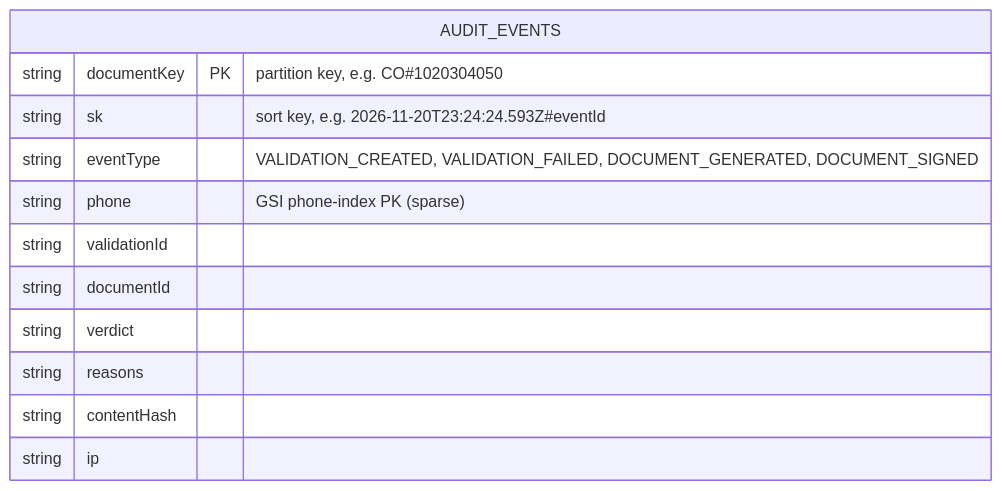
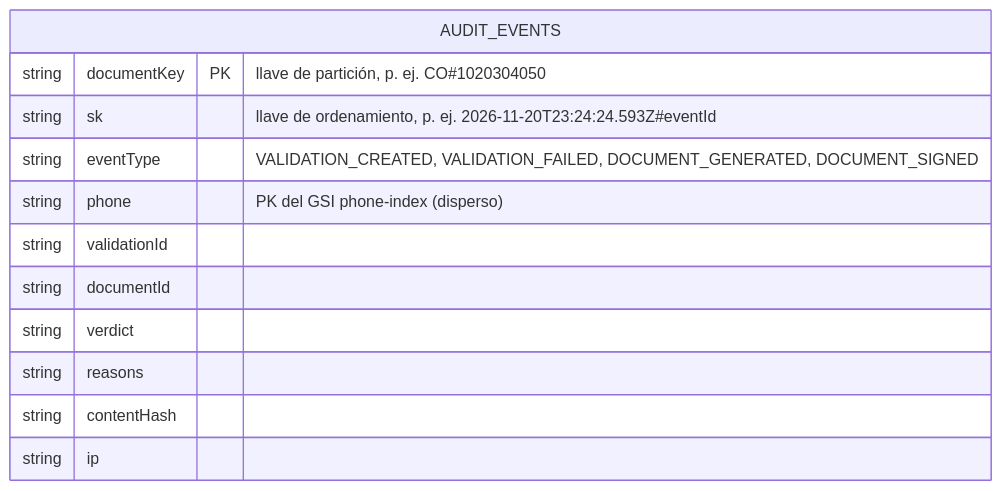
The fourth of 4 diagrams in README.md (juandda0/auco-identity-validation-service), drawn with Mermaid before and after one commit. The commit also changed other lines of this file and 1 other file, not shown here.

````diff
--- a/README.md
+++ b/README.md
@@ -208,15 +212,15 @@
 ```mermaid
 erDiagram
   AUDIT_EVENTS {
-    string documentKey PK "partition key, e.g. CO#1020304050"
-    string sk "sort key, e.g. 2026-11-20T23:24:24.593Z#eventId"
+    string documentKey PK "llave de partición, p. ej. CO#1020304050"
+    string sk "llave de ordenamiento, p. ej. 2026-11-20T23:24:24.593Z#eventId"
     string eventType "VALIDATION_CREATED, VALIDATION_FAILED, DOCUMENT_GENERATED, DOCUMENT_SIGNED"
-    string phone "GSI phone-index PK (sparse)"
+    string phone "PK del GSI phone-index (disperso)"
     string validationId
     string documentId
     string verdict
     string reasons
     string contentHash
     string ip
   }
 ```
````
